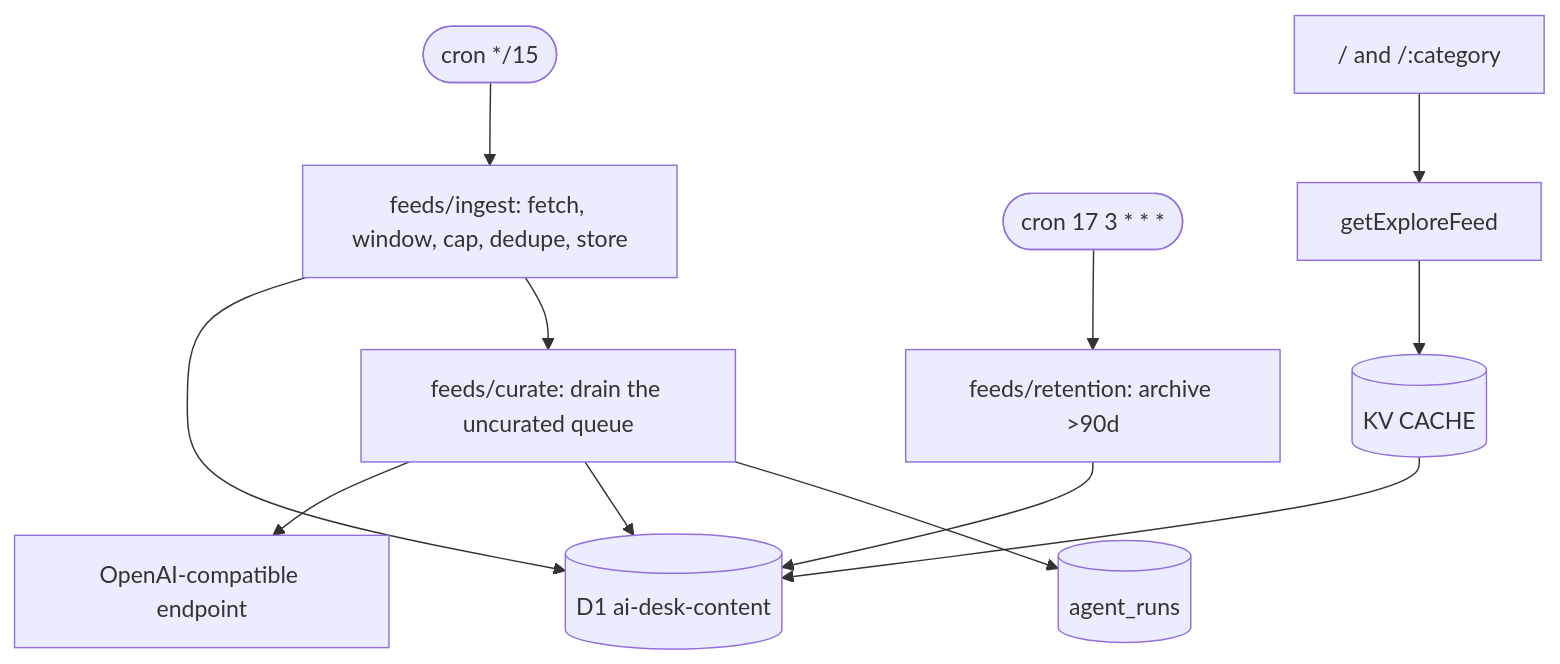
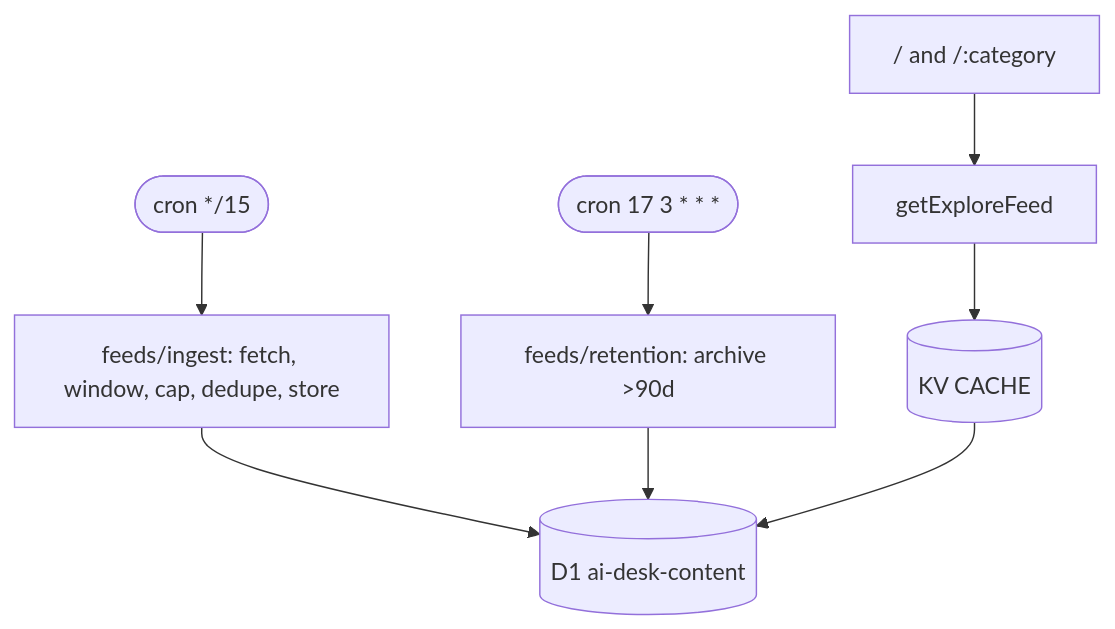
The diagram in README.md (youming-ai/ai), drawn with Mermaid before and after one commit. The commit also changed other lines of this file and 28 other files, not shown here.

````diff
--- a/README.md
+++ b/README.md
@@ -100,12 +81,8 @@
 ```mermaid
 graph TD
   Cron@{ shape: stadium, label: "cron */15" } --> Ingest[feeds/ingest: fetch, window, cap, dedupe, store]
   Ingest --> D1[(D1 ai-desk-content)]
-  Ingest --> Curate[feeds/curate: drain the uncurated queue]
-  Curate --> LLM[OpenAI-compatible endpoint]
-  Curate --> D1
-  Curate --> Runs[(agent_runs)]
   Sweep@{ shape: stadium, label: "cron 17 3 * * *" } --> Retention[feeds/retention: archive >90d]
   Retention --> D1
   Home["/ and /:category"] --> Explore[getExploreFeed] --> KV1[(KV CACHE)] --> D1
 ```
````
